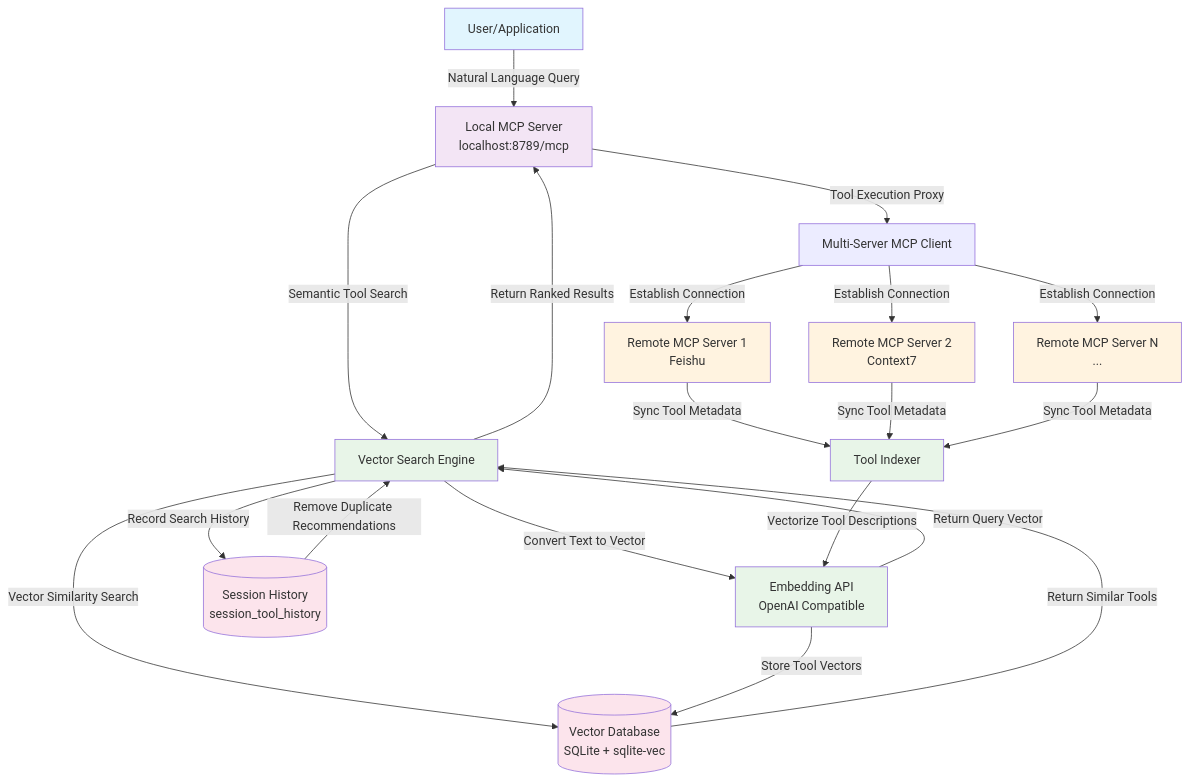
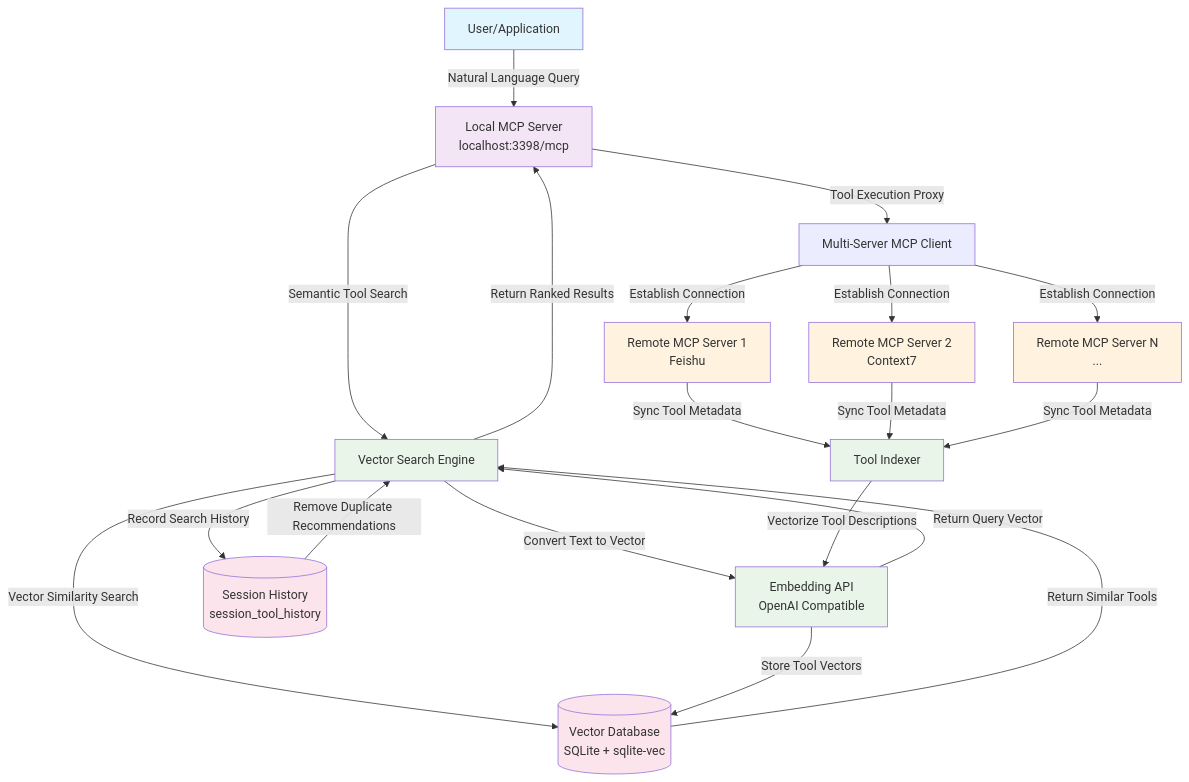
Before and after one commit to aandersen2323/dextMCP: the diagram in README.md, drawn with Mermaid. The commit also changed other lines of this file and 5 other files, not shown here.

````diff
--- a/README.md
+++ b/README.md
@@ -18,38 +18,38 @@
 ```mermaid
 graph TB
-    User[User/Application] -->|Natural Language Query| LocalMCP[Local MCP Server<br/>localhost:8789/mcp]
+    User[User/Application] -->|Natural Language Query| LocalMCP[Local MCP Server<br/>localhost:3398/mcp]
 
     LocalMCP -->|Semantic Tool Search| VS[Vector Search Engine]
     LocalMCP -->|Tool Execution Proxy| MCP[Multi-Server MCP Client]
 
     VS -->|Convert Text to Vector| Embedding[Embedding API<br/>OpenAI Compatible]
     Embedding -->|Return Query Vector| VS
     VS -->|Vector Similarity Search| VDB[(Vector Database<br/>SQLite + sqlite-vec)]
     VDB -->|Return Similar Tools| VS
     VS -->|Return Ranked Results| LocalMCP
 
     MCP -->|Establish Connection| Remote1[Remote MCP Server 1<br/>Feishu]
     MCP -->|Establish Connection| Remote2[Remote MCP Server 2<br/>Context7]
     MCP -->|Establish Connection| Remote3[Remote MCP Server N<br/>...]
 
     Remote1 -->|Sync Tool Metadata| Indexer[Tool Indexer]
     Remote2 -->|Sync Tool Metadata| Indexer
     Remote3 -->|Sync Tool Metadata| Indexer
     Indexer -->|Vectorize Tool Descriptions| Embedding
     Embedding -->|Store Tool Vectors| VDB
 
     VS -->|Record Search History| SessionDB[(Session History<br/>session_tool_history)]
     SessionDB -->|Remove Duplicate Recommendations| VS
 
     classDef user fill:#e1f5fe
     classDef local fill:#f3e5f5
     classDef vector fill:#e8f5e8
     classDef remote fill:#fff3e0
     classDef db fill:#fce4ec
 
     class User user
     class LocalMCP local
     class VS,Embedding,Indexer vector
     class Remote1,Remote2,Remote3 remote
     class VDB,SessionDB db
 ```
````
